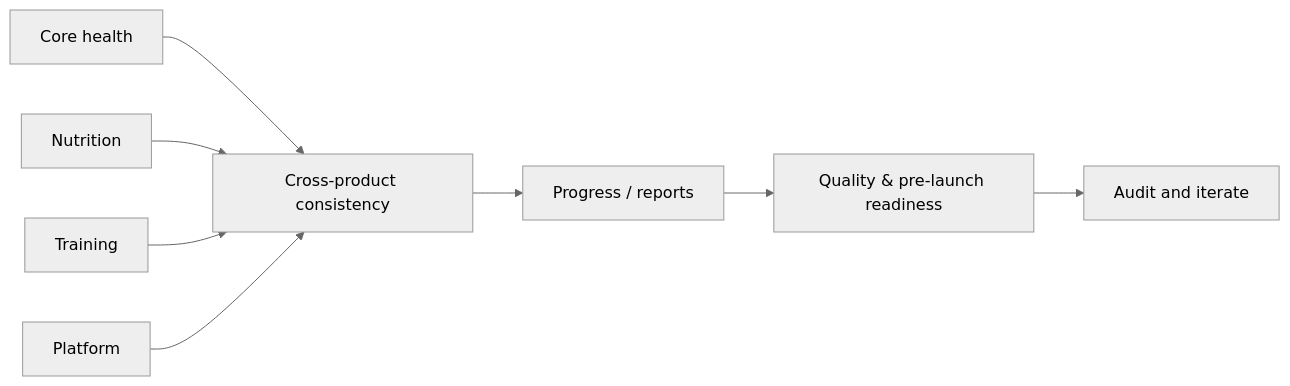
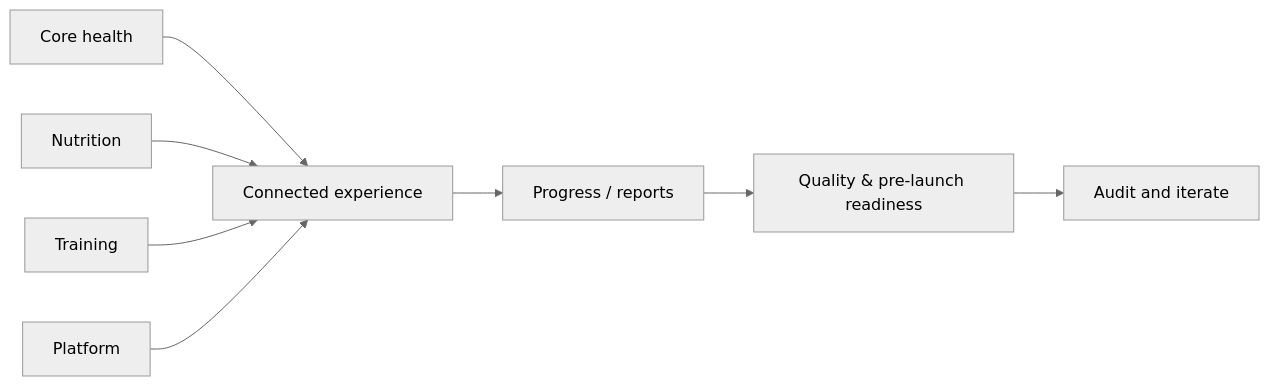
One commit to momaoalo/halaty-project-showcase changed the first of 2 diagrams in README.md. Above: the diagram before and after it, drawn with Mermaid (neutral theme). The commit also changed other lines of this file, not shown here.

Commit message:
Refocus showcase on the connected health experience

````diff
--- a/README.md
+++ b/README.md
@@ -152,10 +171,10 @@
 ```mermaid
 flowchart LR
-    A[Core health] --> E[Cross-product consistency]
+    A[Core health] --> E[Connected experience]
     B[Nutrition] --> E
     C[Training] --> E
     D[Platform] --> E
     E --> F[Progress / reports]
     F --> G[Quality & pre-launch readiness]
     G --> H[Audit and iterate]
 ```
````
